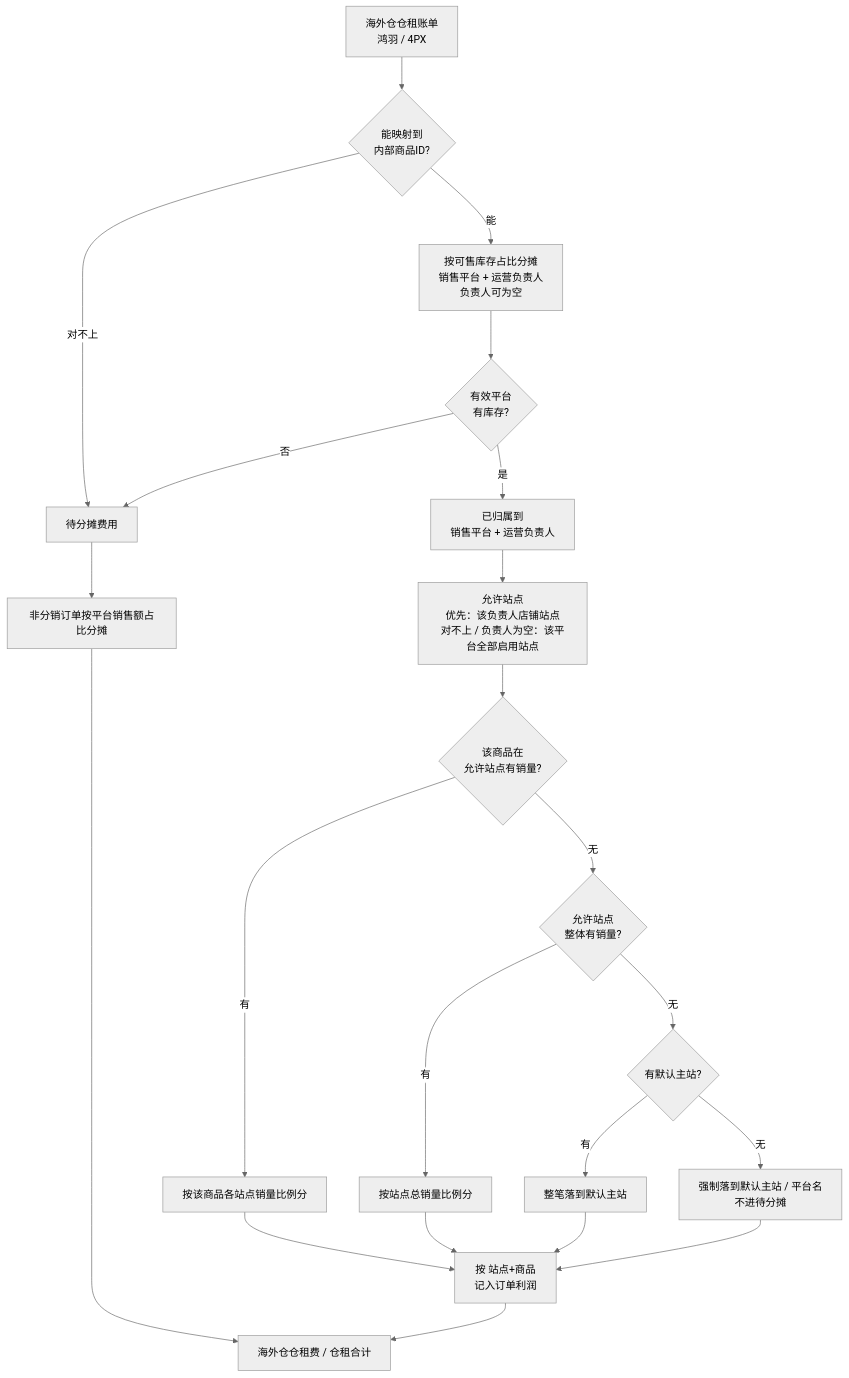
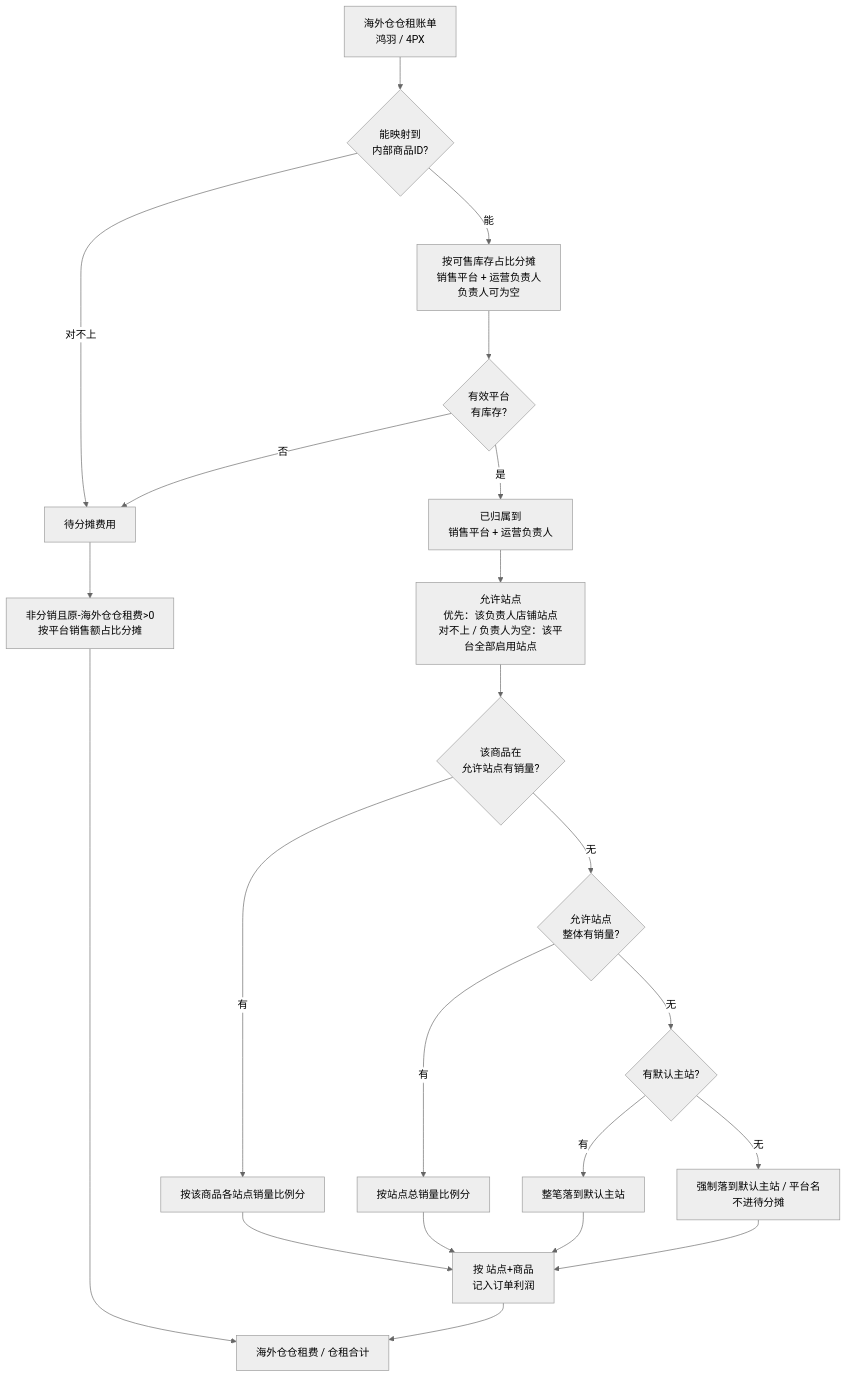
One commit to homelody-betohow/reportA changed the diagram in docs/海外仓仓租分摊逻辑说明.md. Above: the diagram before and after it, drawn with Mermaid (neutral theme). The commit also changed other lines of this file and 1 other file, not shown here.

````diff
--- a/docs/海外仓仓租分摊逻辑说明.md
+++ b/docs/海外仓仓租分摊逻辑说明.md
@@ -60,24 +60,24 @@
 ```mermaid
 flowchart TD
   A[海外仓仓租账单<br/>鸿羽 / 4PX] --> B{能映射到<br/>内部商品ID?}
   B -->|对不上| Z[待分摊费用]
   B -->|能| C[按可售库存占比分摊<br/>销售平台 + 运营负责人<br/>负责人可为空]
   C --> D{有效平台<br/>有库存?}
   D -->|否| Z
   D -->|是| E[已归属到<br/>销售平台 + 运营负责人]
   E --> F[允许站点<br/>优先：该负责人店铺站点<br/>对不上 / 负责人为空：该平台全部启用站点]
   F --> G{该商品在<br/>允许站点有销量?}
   G -->|有| R1[按该商品各站点销量比例分]
   G -->|无| H{允许站点<br/>整体有销量?}
   H -->|有| R2[按站点总销量比例分]
   H -->|无| I{有默认主站?}
   I -->|有| R3[整笔落到默认主站]
   I -->|无| R4[强制落到默认主站 / 平台名<br/>不进待分摊]
   R1 --> P[按 站点+商品<br/>记入订单利润]
   R2 --> P
   R3 --> P
   R4 --> P
-  Z --> M[非分销订单按平台销售额占比分摊]
+  Z --> M[非分销且原-海外仓仓租费>0<br/>按平台销售额占比分摊]
   P --> END[海外仓仓租费 / 仓租合计]
   M --> END
 ```
````
